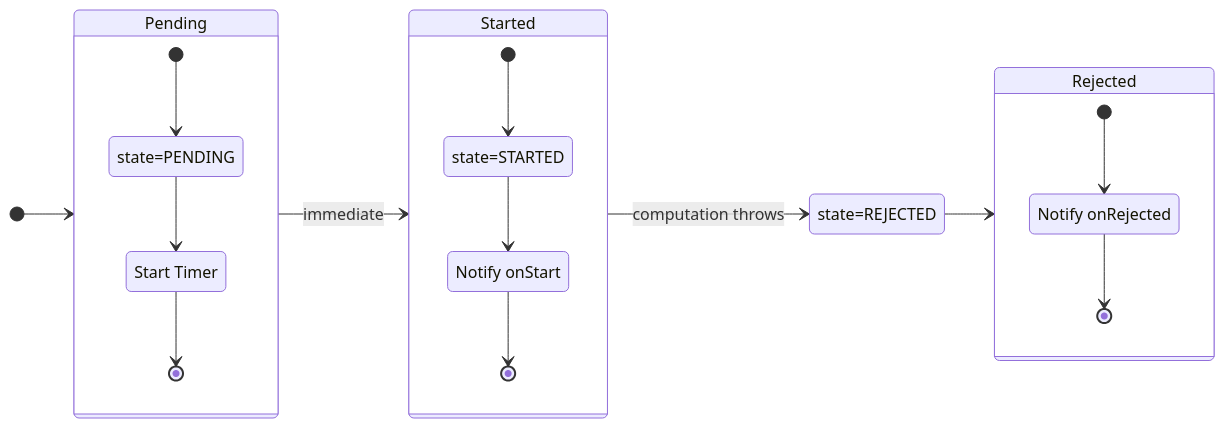
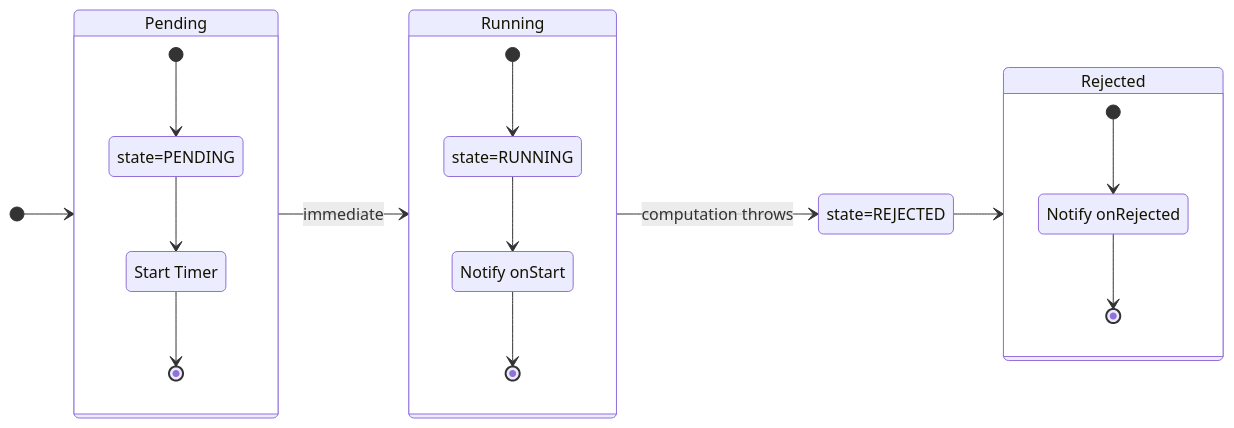
Before and after one commit to BobKerns/better-future: the diagram in src/assets/reject.mmd, drawn with Mermaid. The commit also changed 12 other files, not shown here.

Commit message:
Rename STARTED to RUNNING

```diff
--- a/src/assets/reject.mmd
+++ b/src/assets/reject.mmd
@@ -1,26 +1,26 @@
 stateDiagram-v2
     direction LR
     [*] --> Pending
-    Pending --> Started : immediate
-    Started --> state=REJECTED : computation throws
+    Pending --> Running : immediate
+    Running --> state=REJECTED : computation throws
     state=REJECTED --> Rejected
 
     state Pending {
       [*] --> state=PENDING
       state=PENDING --> Timer
       Timer --> [*]
       Timer : Start Timer
     }
 
-    state Started {
-      [*] --> state=STARTED
-      state=STARTED --> NotifyStarted
+    state Running {
+      [*] --> state=RUNNING
+      state=RUNNING --> NotifyStarted
       NotifyStarted --> [*]
       NotifyStarted : Notify onStart
     }
 
     state Rejected {
       [*] --> NotifyRejected
       NotifyRejected --> [*]
       NotifyRejected : Notify onRejected
     }
```
